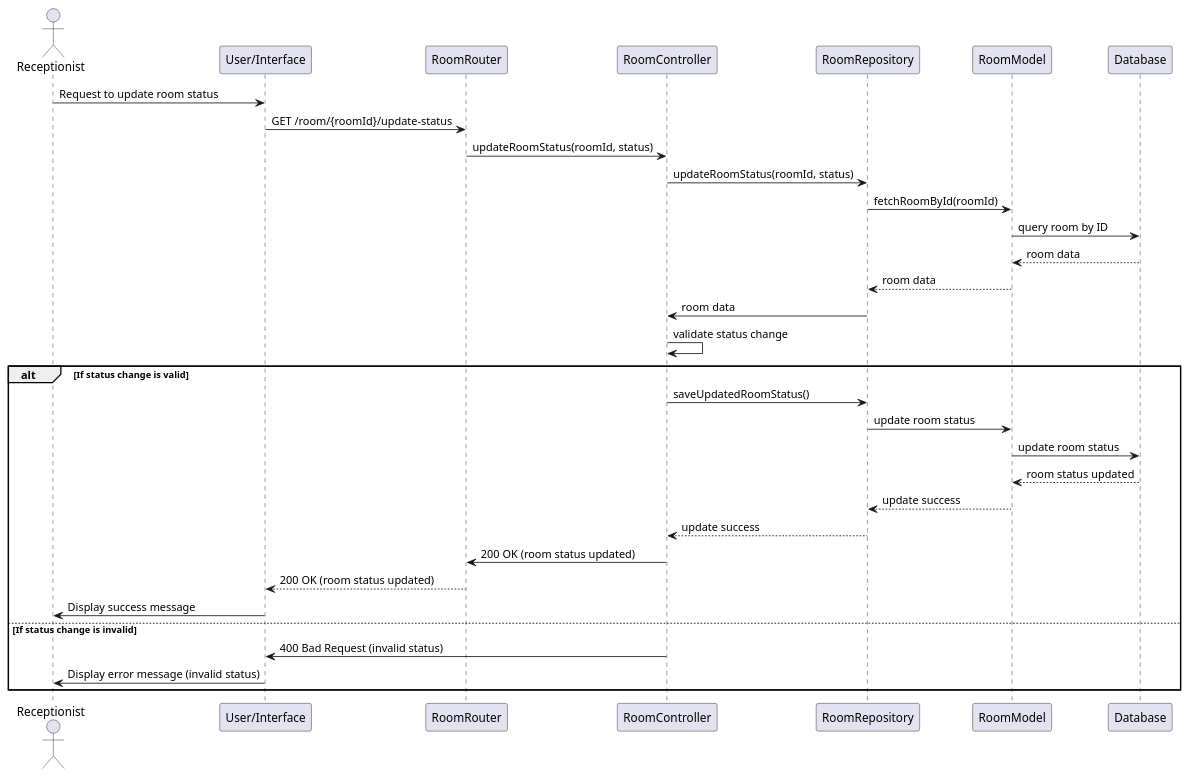
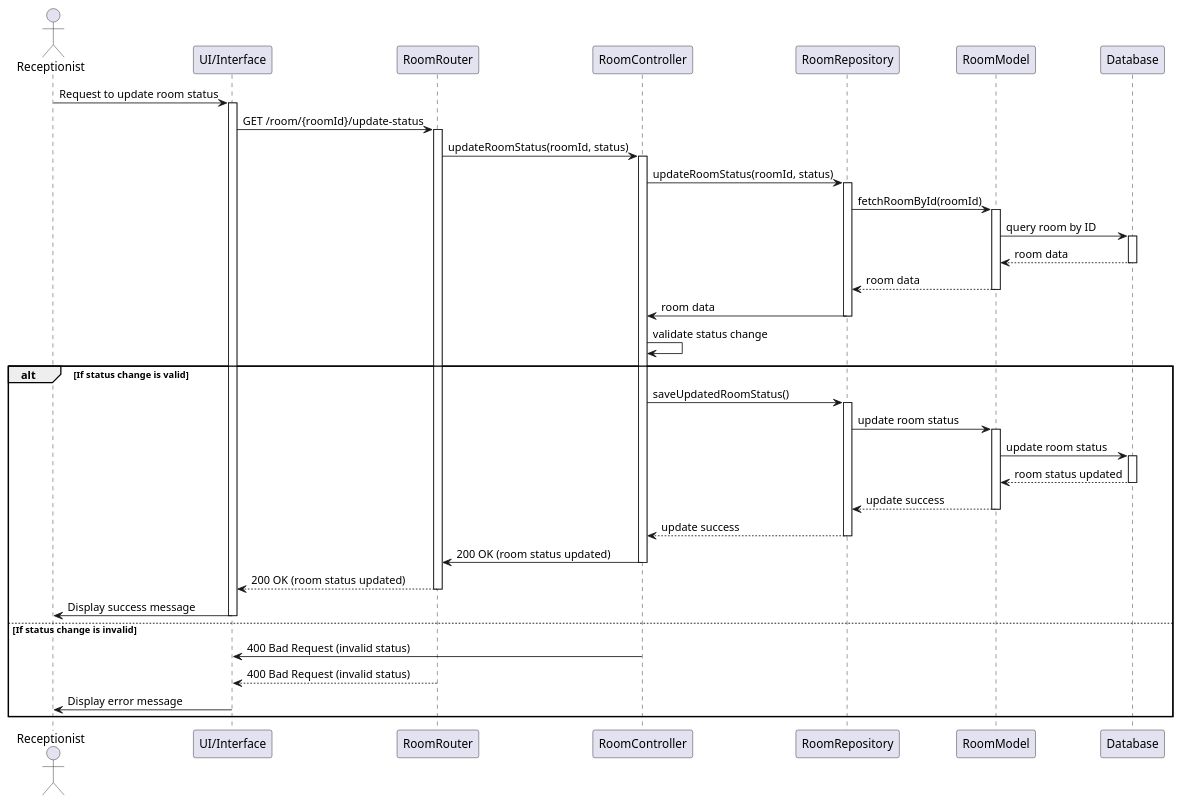
The diagram in backend/ClassDiagram/Sequence_Receptionist/update room status.puml (trongend123/HuongSen), drawn with PlantUML before and after one commit. The commit also changed 162 other files, not shown here.

Commit message:
add sequence

```diff
--- a/backend/ClassDiagram/Sequence_Receptionist/update room status.puml
+++ b/backend/ClassDiagram/Sequence_Receptionist/update room status.puml
@@ -1,36 +1,58 @@
 @startuml
 actor Receptionist
-participant "User/Interface" as UI
+participant "UI/Interface" as UI
 participant "RoomRouter" as Router
 participant "RoomController" as Controller
 participant "RoomRepository" as Repository
 participant "RoomModel" as RoomModel
 participant "Database" as DB
 
 Receptionist -> UI: Request to update room status
+activate UI
 UI -> Router: GET /room/{roomId}/update-status
+activate Router
 Router -> Controller: updateRoomStatus(roomId, status)
+activate Controller
 Controller -> Repository: updateRoomStatus(roomId, status)
+activate Repository
 
 Repository -> RoomModel: fetchRoomById(roomId)
+activate RoomModel
 RoomModel -> DB: query room by ID
+activate DB
 DB --> RoomModel: room data
+deactivate DB
 RoomModel --> Repository: room data
+deactivate RoomModel
 Repository -> Controller: room data
+deactivate Repository
 
 Controller -> Controller: validate status change
 alt If status change is valid
     Controller -> Repository: saveUpdatedRoomStatus()
+    activate Repository
     Repository -> RoomModel: update room status
+    activate RoomModel
     RoomModel -> DB: update room status
+    activate DB
     DB --> RoomModel: room status updated
+    deactivate DB
     RoomModel --> Repository: update success
+    deactivate RoomModel
     Repository --> Controller: update success
+    deactivate Repository
     Controller -> Router: 200 OK (room status updated)
+    deactivate Controller
     Router --> UI: 200 OK (room status updated)
+    deactivate Router
     UI -> Receptionist: Display success message
+    deactivate UI
 else If status change is invalid
     Controller -> UI: 400 Bad Request (invalid status)
-    UI -> Receptionist: Display error message (invalid status)
+    deactivate Controller
+    Router --> UI: 400 Bad Request (invalid status)
+    deactivate Router
+    UI -> Receptionist: Display error message
+    deactivate UI
 end
 @enduml
```
